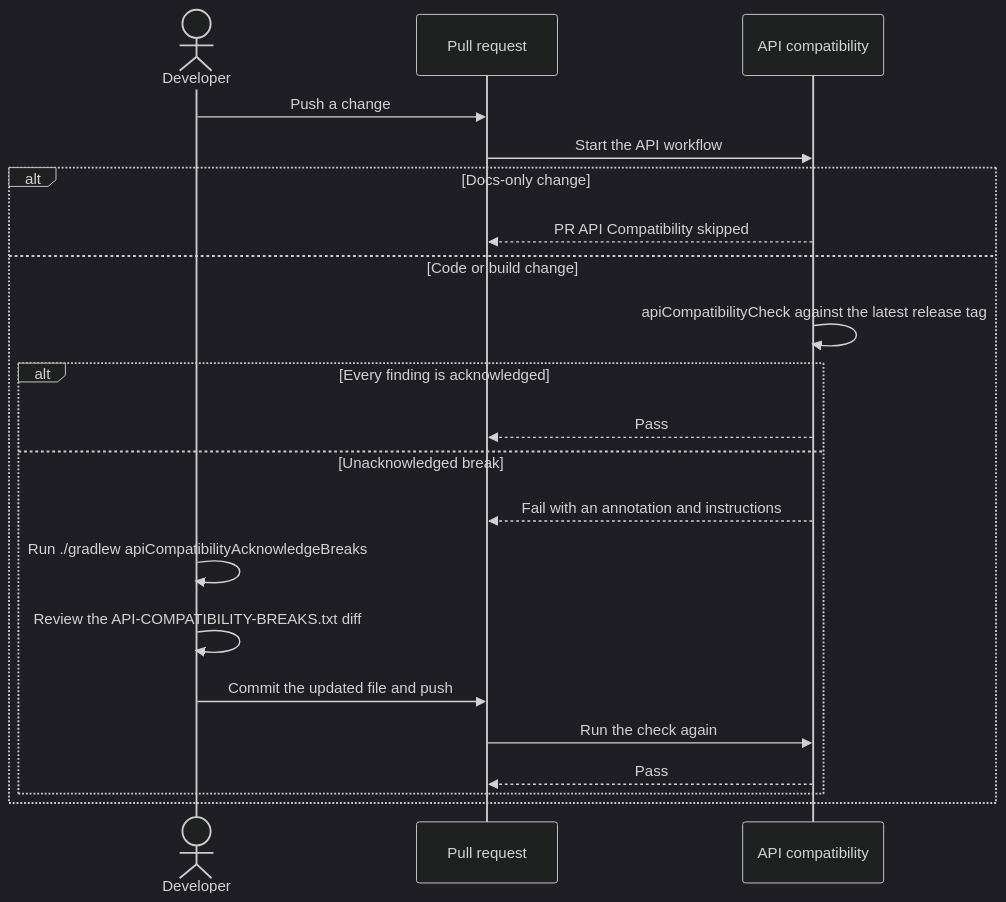
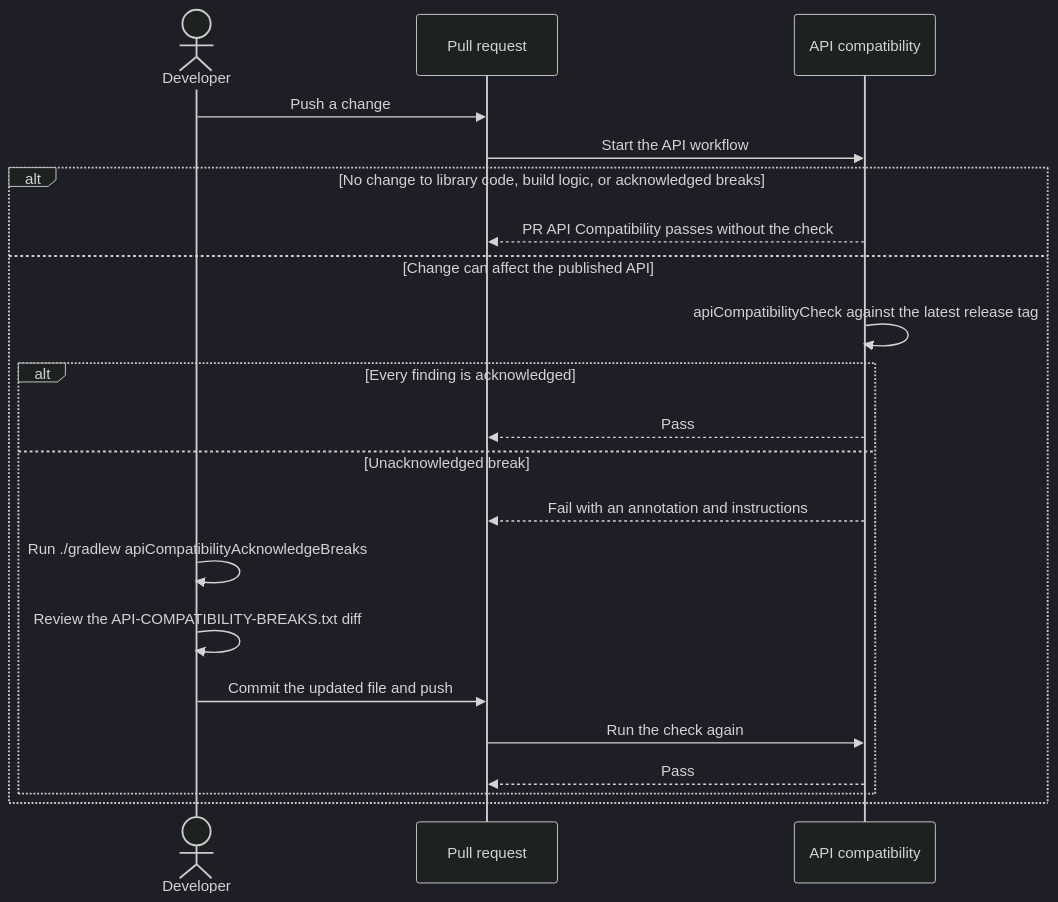
The diagram in content/dev/releases/api-compatibility.md (HDCharts/charts-docs), drawn with Mermaid (dark theme) before and after one commit. The commit also changed 11 other files, not shown here.

Commit message:
docs(snapshot): sync release notes, wiki docs, chart screenshots, GIF baselines, hero image, and provenance

````diff
--- a/content/dev/releases/api-compatibility.md
+++ b/content/dev/releases/api-compatibility.md
@@ -66,23 +66,23 @@
 ```mermaid
 sequenceDiagram
   actor Dev as Developer
   participant PR as Pull request
   participant CI as API compatibility
   Dev->>PR: Push a change
   PR->>CI: Start the API workflow
-  alt Docs-only change
-    CI-->>PR: PR API Compatibility skipped
-  else Code or build change
+  alt No change to library code, build logic, or acknowledged breaks
+    CI-->>PR: PR API Compatibility passes without the check
+  else Change can affect the published API
     CI->>CI: apiCompatibilityCheck against the latest release tag
     alt Every finding is acknowledged
       CI-->>PR: Pass
     else Unacknowledged break
       CI-->>PR: Fail with an annotation and instructions
       Dev->>Dev: Run ./gradlew apiCompatibilityAcknowledgeBreaks
       Dev->>Dev: Review the API-COMPATIBILITY-BREAKS.txt diff
       Dev->>PR: Commit the updated file and push
       PR->>CI: Run the check again
       CI-->>PR: Pass
     end
   end
 ```
````
